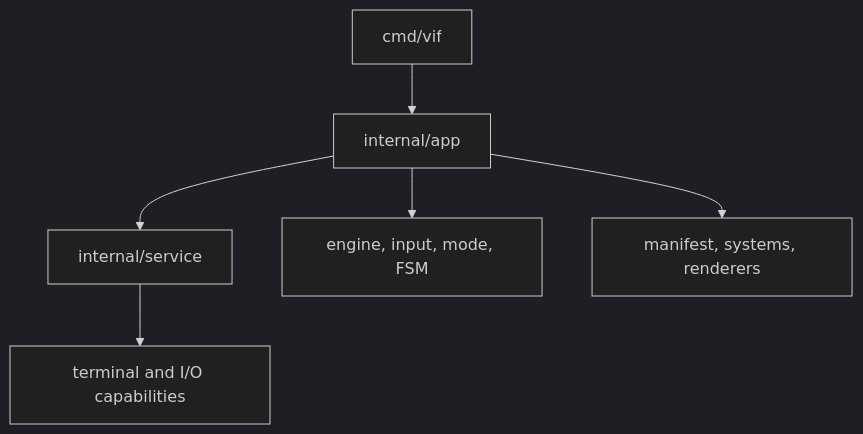
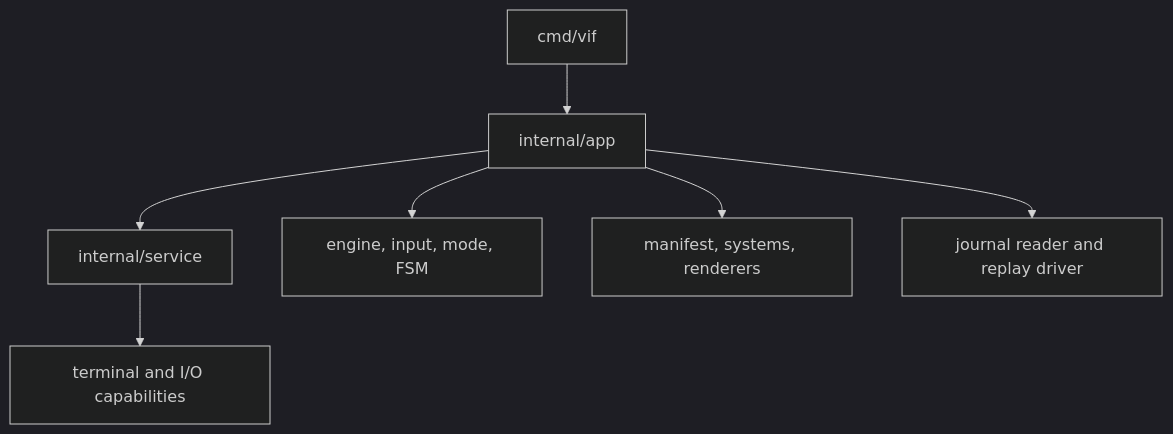
Before and after one commit to lixenwraith/vi-fighter: the first of 4 diagrams in doc/package-map.md, drawn with Mermaid (dark theme). The commit also changed other lines of this file and 15 other files, not shown here.

````diff
--- a/doc/package-map.md
+++ b/doc/package-map.md
@@ -9,8 +9,9 @@
 ```mermaid
 flowchart TD
     Vif["cmd/vif"] --> App["internal/app"]
     App --> Services["internal/service"]
     App --> Runtime["engine, input, mode, FSM"]
     App --> Assembly["manifest, systems, renderers"]
+    App --> Replay["journal reader and replay driver"]
     Services --> External["terminal and I/O capabilities"]
 ```
````
